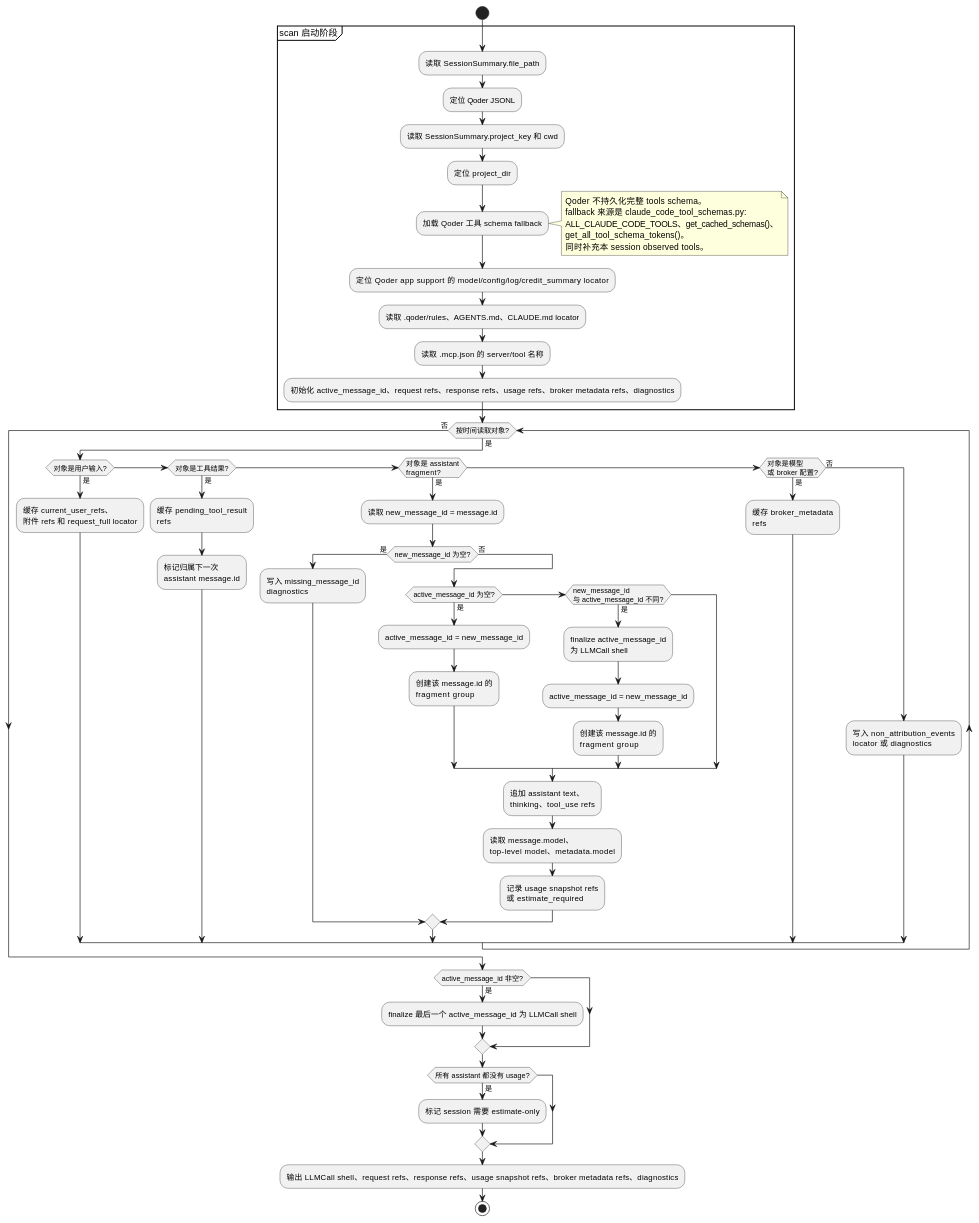
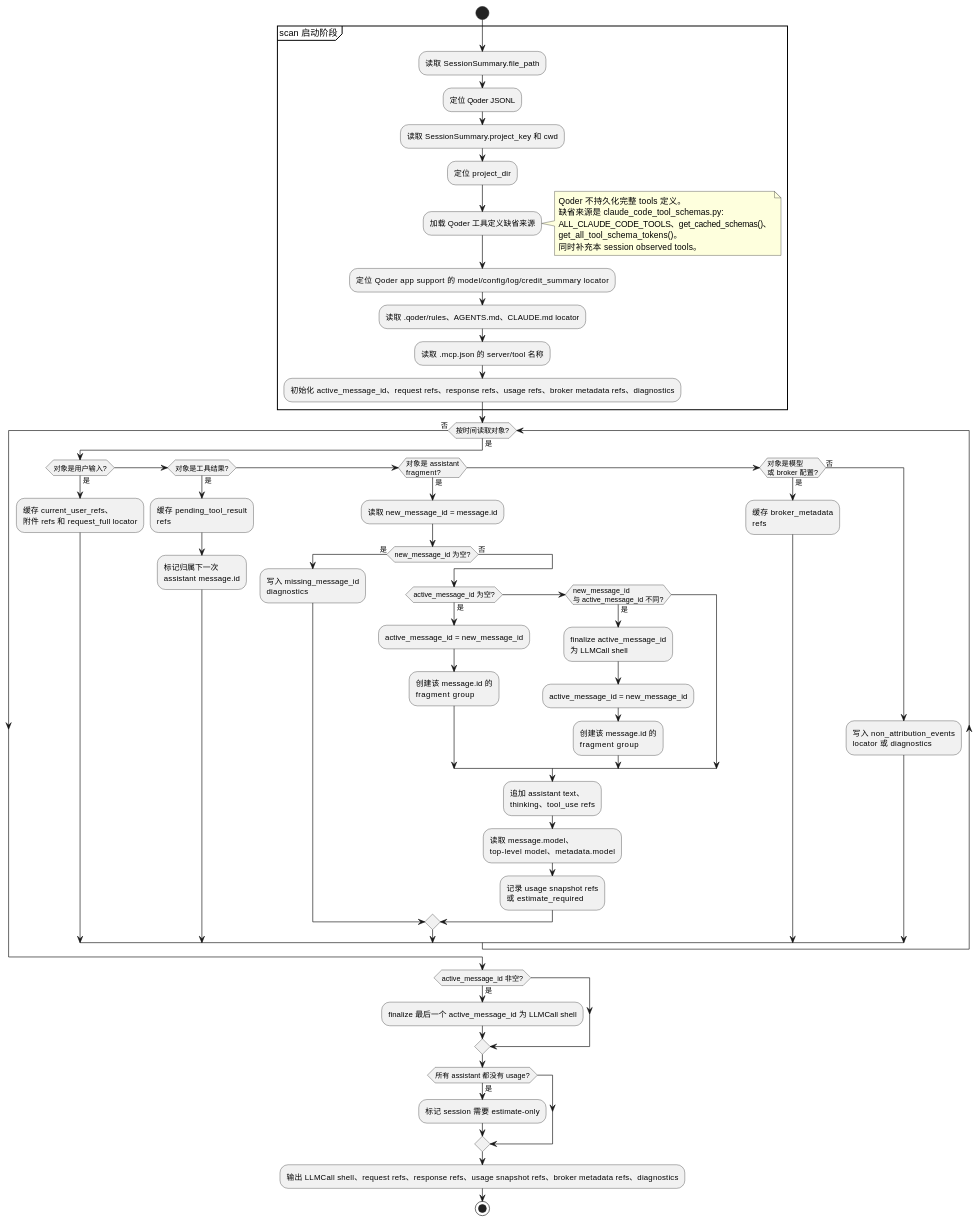
Before and after one commit to iampkuhz/feipi-session-browser: the first of 2 diagrams in docs/agent-token-attribution/qoder.md, drawn with PlantUML. The commit also changed other lines of this file and 87 other files, not shown here.

````diff
--- a/docs/agent-token-attribution/qoder.md
+++ b/docs/agent-token-attribution/qoder.md
@@ -17,60 +17,60 @@
 ```plantuml
 @startuml
 start
 partition "scan 启动阶段" {
   :读取 SessionSummary.file_path;
   :定位 Qoder JSONL;
   :读取 SessionSummary.project_key 和 cwd;
   :定位 project_dir;
-  :加载 Qoder 工具 schema fallback;
+  :加载 Qoder 工具定义缺省来源;
   note right
-  Qoder 不持久化完整 tools schema。
-  fallback 来源是 claude_code_tool_schemas.py:
+  Qoder 不持久化完整 tools 定义。
+  缺省来源是 claude_code_tool_schemas.py:
   ALL_CLAUDE_CODE_TOOLS、get_cached_schemas()、
   get_all_tool_schema_tokens()。
   同时补充本 session observed tools。
   end note
   :定位 Qoder app support 的 model/config/log/credit_summary locator;
   :读取 .qoder/rules、AGENTS.md、CLAUDE.md locator;
   :读取 .mcp.json 的 server/tool 名称;
   :初始化 active_message_id、request refs、response refs、usage refs、broker metadata refs、diagnostics;
 }
 while (按时间读取对象?) is (是)
   if (对象是用户输入?) then (是)
     :缓存 current_user_refs、\n附件 refs 和 request_full locator;
   elseif (对象是工具结果?) then (是)
     :缓存 pending_tool_result\nrefs;
     :标记归属下一次\nassistant message.id;
   elseif (对象是 assistant\nfragment?) then (是)
     :读取 new_message_id = message.id;
     if (new_message_id 为空?) then (是)
       :写入 missing_message_id\ndiagnostics;
     else (否)
       if (active_message_id 为空?) then (是)
         :active_message_id = new_message_id;
         :创建该 message.id 的\nfragment group;
       elseif (new_message_id\n与 active_message_id 不同?) then (是)
         :finalize active_message_id\n为 LLMCall shell;
         :active_message_id = new_message_id;
         :创建该 message.id 的\nfragment group;
       endif
       :追加 assistant text、\nthinking、tool_use refs;
       :读取 message.model、\ntop-level model、metadata.model;
       :记录 usage snapshot refs\n或 estimate_required;
     endif
   elseif (对象是模型\n或 broker 配置?) then (是)
     :缓存 broker_metadata\nrefs;
   else (否)
     :写入 non_attribution_events\nlocator 或 diagnostics;
   endif
 endwhile (否)
 if (active_message_id 非空?) then (是)
   :finalize 最后一个 active_message_id 为 LLMCall shell;
 endif
 if (所有 assistant 都没有 usage?) then (是)
   :标记 session 需要 estimate-only;
 endif
 :输出 LLMCall shell、request refs、response refs、usage snapshot refs、broker metadata refs、diagnostics;
 stop
 @enduml
 ```
````
